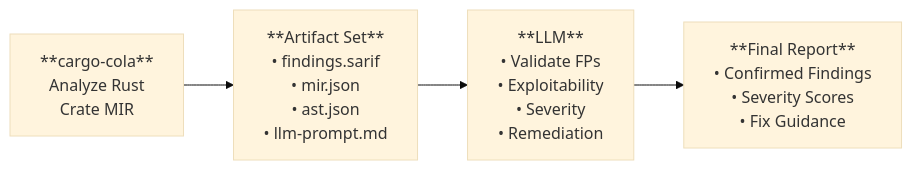
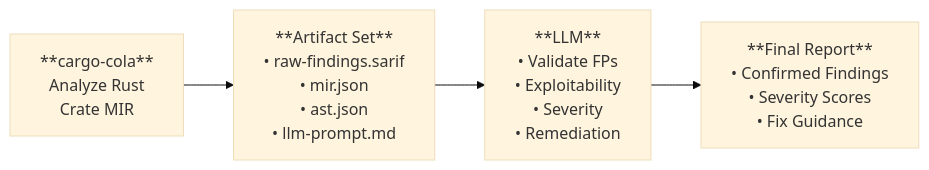
Before and after one commit to Opus-the-penguin/Rust-cola: the diagram in README.md, drawn with Mermaid (base theme). The commit also changed other lines of this file and 2 other files, not shown here.

First line of the commit message:
refactor: Rename raw output files for clarity

````diff
--- a/README.md
+++ b/README.md
@@ -15,6 +15,6 @@
 ```mermaid
 flowchart LR
-    A[**cargo-cola**<br/>Analyze Rust<br/>Crate MIR] --> B[**Artifact Set**<br/>• findings.sarif<br/>• mir.json<br/>• ast.json<br/>• llm-prompt.md]
+    A[**cargo-cola**<br/>Analyze Rust<br/>Crate MIR] --> B[**Artifact Set**<br/>• raw-findings.sarif<br/>• mir.json<br/>• ast.json<br/>• llm-prompt.md]
     B --> C[**LLM**<br/>• Validate FPs<br/>• Exploitability<br/>• Severity<br/>• Remediation]
     C --> D[**Final Report**<br/>• Confirmed Findings<br/>• Severity Scores<br/>• Fix Guidance]
 ```
````
